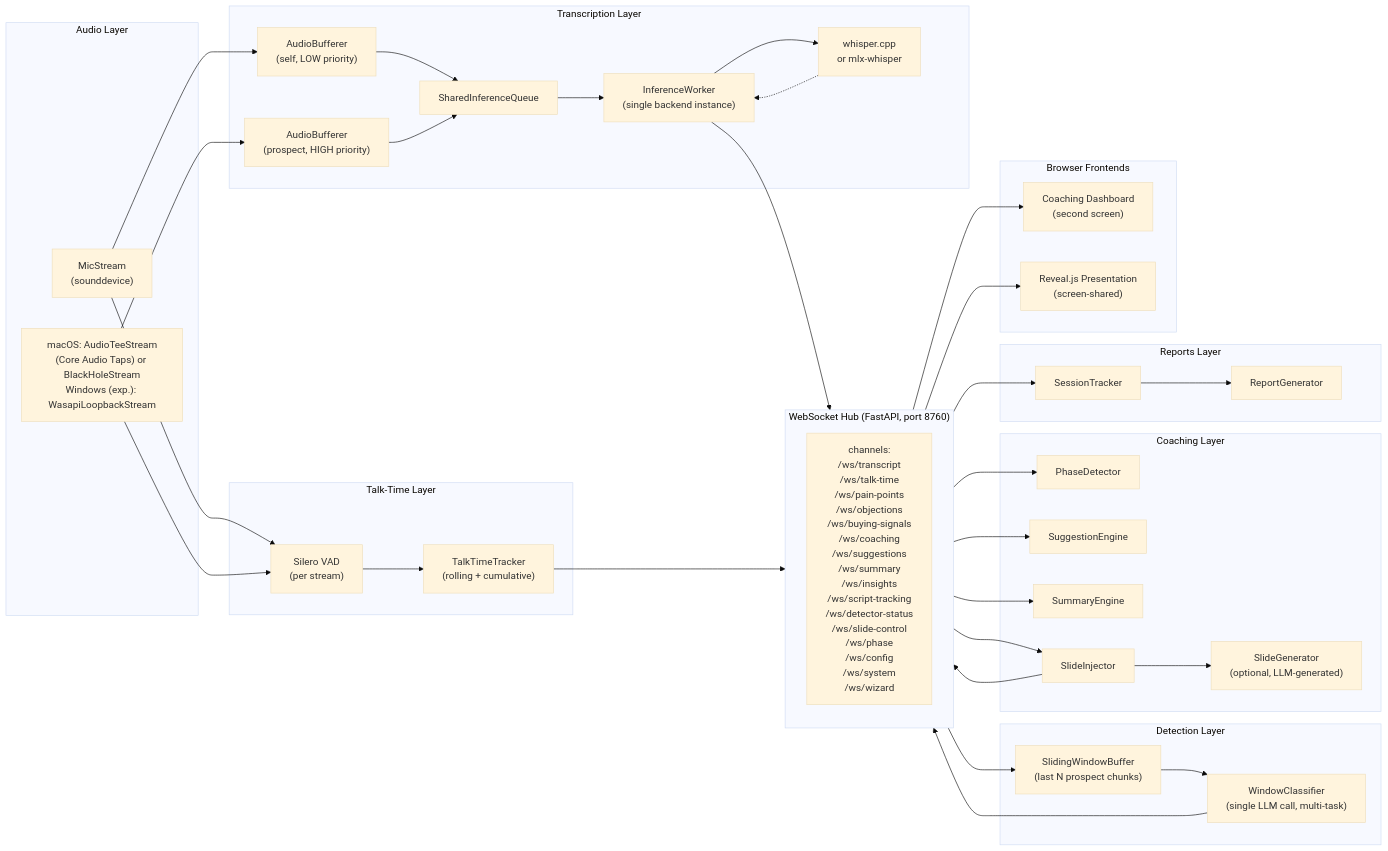
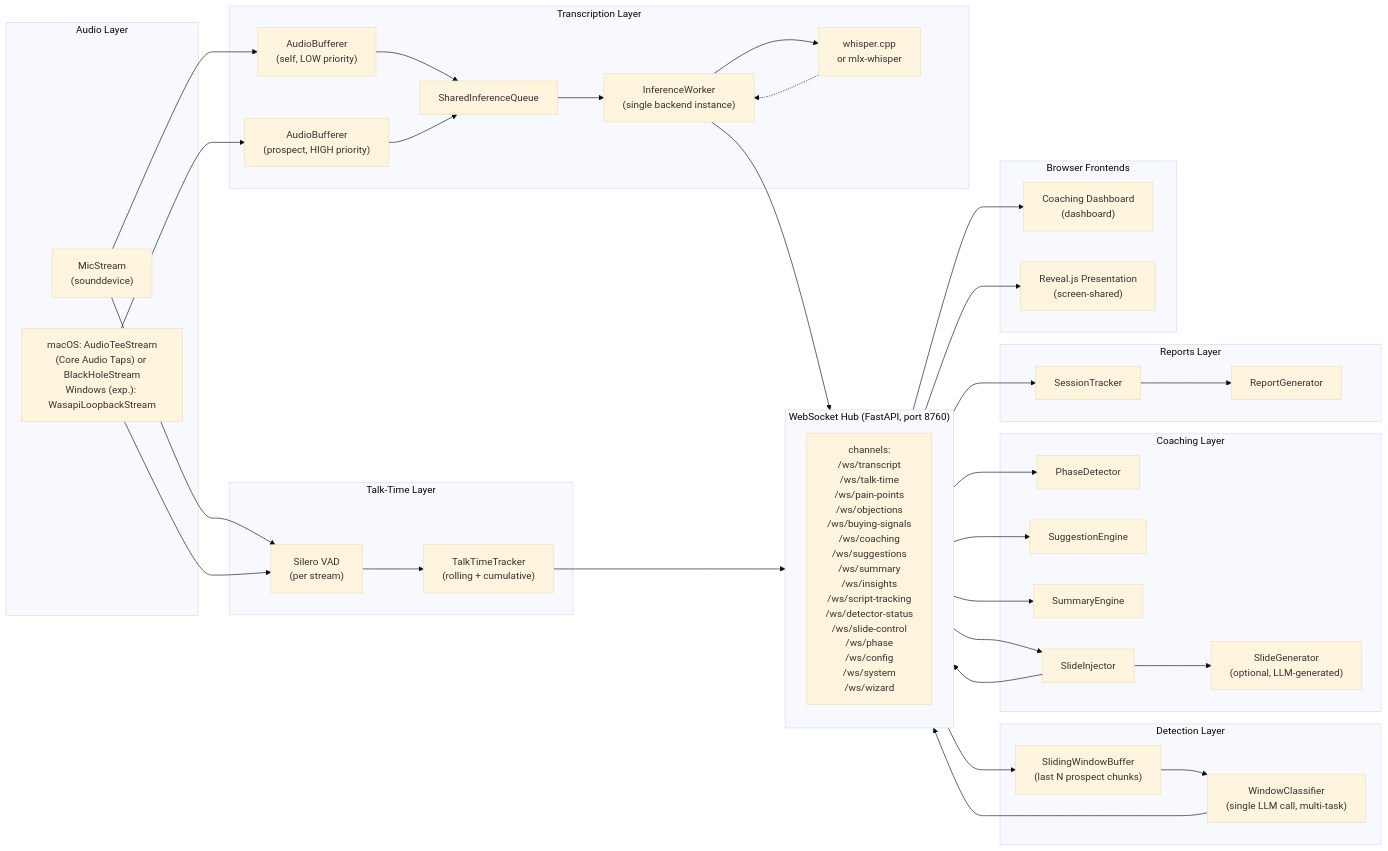
Before and after one commit to Vinix24/OnCue: the second of 2 diagrams in docs/ARCHITECTURE.md, drawn with Mermaid (base theme). The commit also changed other lines of this file and 293 other files, not shown here.

````diff
--- a/docs/ARCHITECTURE.md
+++ b/docs/ARCHITECTURE.md
@@ -57,73 +57,73 @@
 ```mermaid
 graph LR
     subgraph audio["Audio Layer"]
         MIC["MicStream\n(sounddevice)"]
         SYS["macOS: AudioTeeStream\n(Core Audio Taps) or BlackHoleStream\nWindows (exp.): WasapiLoopbackStream"]
     end
 
     subgraph transcription["Transcription Layer"]
         BUF1["AudioBufferer\n(self, LOW priority)"]
         BUF2["AudioBufferer\n(prospect, HIGH priority)"]
         QUEUE["SharedInferenceQueue"]
         WORKER["InferenceWorker\n(single backend instance)"]
         BACKEND["whisper.cpp\nor mlx-whisper"]
     end
 
     subgraph talktime["Talk-Time Layer"]
         VAD["Silero VAD\n(per stream)"]
         TRACKER["TalkTimeTracker\n(rolling + cumulative)"]
     end
 
     subgraph detection["Detection Layer"]
         WINDOW["SlidingWindowBuffer\n(last N prospect chunks)"]
         CLASSIFIER["WindowClassifier\n(single LLM call, multi-task)"]
     end
 
     subgraph coaching["Coaching Layer"]
         PHASE["PhaseDetector"]
         SUGGEST["SuggestionEngine"]
         SUMMARY["SummaryEngine"]
         INJECTOR["SlideInjector"]
         SLIDEGEN["SlideGenerator\n(optional, LLM-generated)"]
     end
 
     subgraph reports["Reports Layer"]
         SESSION["SessionTracker"]
         REPORT["ReportGenerator"]
     end
 
     subgraph hub["WebSocket Hub (FastAPI, port 8760)"]
         CHANNELS["channels:\n/ws/transcript\n/ws/talk-time\n/ws/pain-points\n/ws/objections\n/ws/buying-signals\n/ws/coaching\n/ws/suggestions\n/ws/summary\n/ws/insights\n/ws/script-tracking\n/ws/detector-status\n/ws/slide-control\n/ws/phase\n/ws/config\n/ws/system\n/ws/wizard"]
     end
 
     subgraph browser["Browser Frontends"]
-        DASH["Coaching Dashboard\n(second screen)"]
+        DASH["Coaching Dashboard\n(dashboard)"]
         REVEAL["Reveal.js Presentation\n(screen-shared)"]
     end
 
     MIC --> VAD
     MIC --> BUF1
     SYS --> VAD
     SYS --> BUF2
     BUF1 --> QUEUE
     BUF2 --> QUEUE
     QUEUE --> WORKER
     WORKER --> BACKEND
     BACKEND -.-> WORKER
     WORKER --> hub
     VAD --> TRACKER
     TRACKER --> hub
     hub --> WINDOW
     WINDOW --> CLASSIFIER
     CLASSIFIER --> hub
     hub --> PHASE
     hub --> SUGGEST
     hub --> SUMMARY
     hub --> INJECTOR
     INJECTOR --> hub
     INJECTOR --> SLIDEGEN
     hub --> SESSION
     SESSION --> REPORT
     hub --> DASH
     hub --> REVEAL
 ```
````
